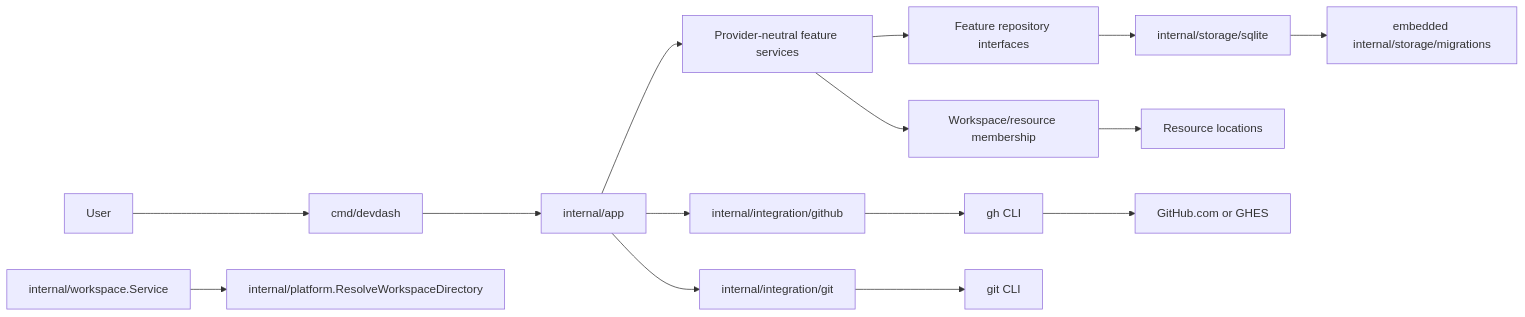
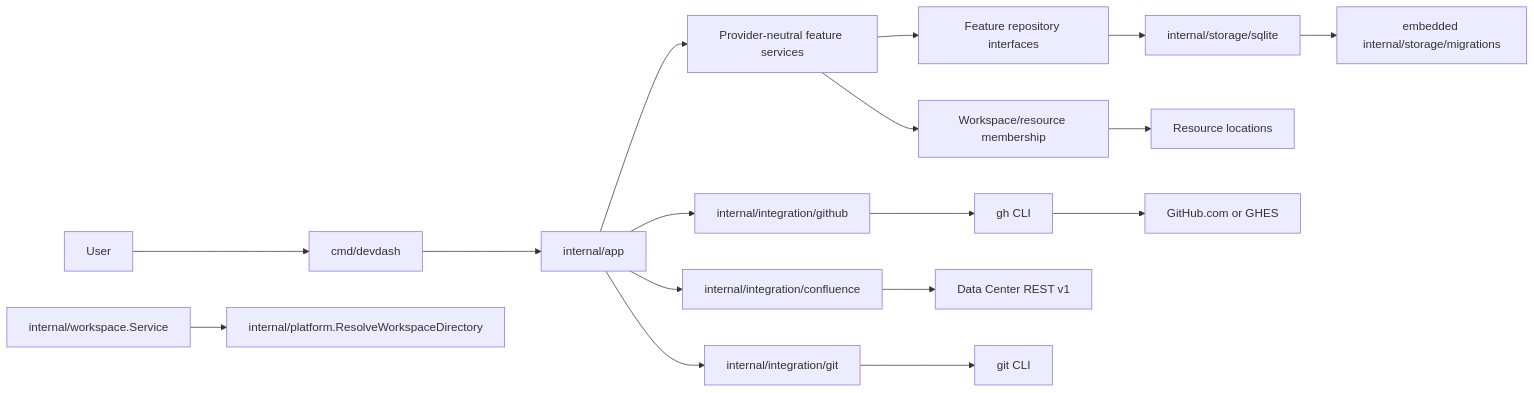
Before and after one commit to ngochc/dev-dash: the diagram in docs/architecture.md, drawn with Mermaid. The commit also changed other lines of this file and 43 other files, not shown here.

Commit message:
feat: add Confluence wiki integration

````diff
--- a/docs/architecture.md
+++ b/docs/architecture.md
@@ -26,17 +26,19 @@
 ```mermaid
 flowchart LR
     User --> CLI[cmd/devdash]
     CLI --> App[internal/app]
     App --> Features[Provider-neutral feature services]
     Features --> Repositories[Feature repository interfaces]
     Repositories --> SQLite[internal/storage/sqlite]
     SQLite --> Migrations[embedded internal/storage/migrations]
     App --> GitHub[internal/integration/github]
     GitHub --> GH[gh CLI]
     GH --> Remote[GitHub.com or GHES]
+    App --> Confluence[internal/integration/confluence]
+    Confluence --> REST[Data Center REST v1]
     App --> GitInspect[internal/integration/git]
     GitInspect --> Git[git CLI]
     WorkspaceService[internal/workspace.Service] --> ResolvePath[internal/platform.ResolveWorkspaceDirectory]
     Features --> Model[Workspace/resource membership]
     Model --> Locations[Resource locations]
 ```
````
